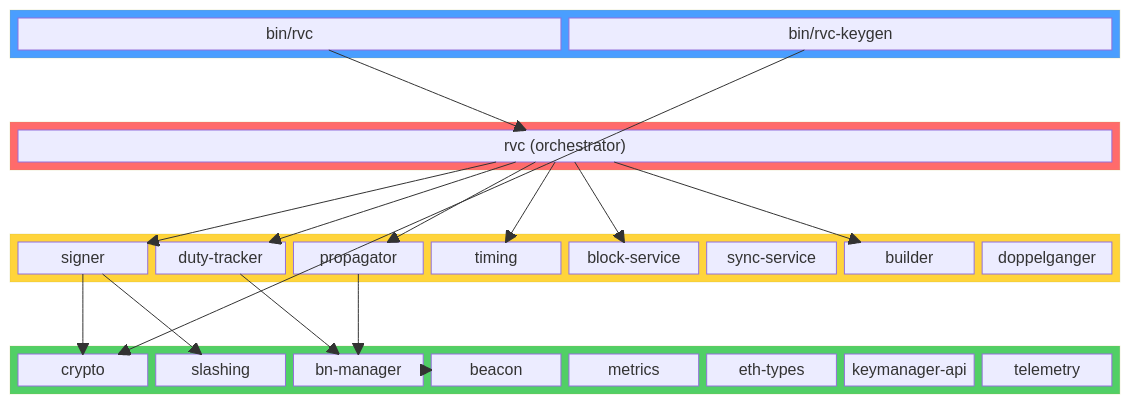
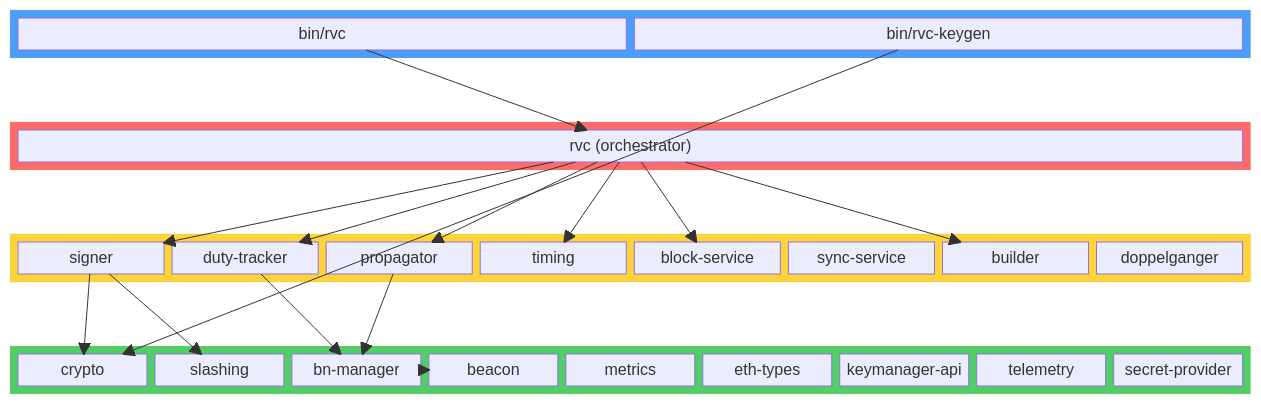
The third of 8 diagrams in ARCHITECTURE.md (dsrvlabs/rvc), drawn with Mermaid before and after one commit. The commit also changed other lines of this file and 2 other files, not shown here.

First line of the commit message:
docs: update architecture, README, and running guide for secret-provider crate

````diff
--- a/ARCHITECTURE.md
+++ b/ARCHITECTURE.md
@@ -158,60 +166,61 @@
 ```mermaid
 block-beta
     columns 8
 
     block:binary:8
         BIN["bin/rvc"]
         KEYGEN["bin/rvc-keygen"]
     end
 
     space:8
 
     block:orchestrator:8
         RVC["rvc (orchestrator)"]
     end
 
     space:8
 
     block:domain:8
         SIGNER["signer"]
         DUTY["duty-tracker"]
         PROP["propagator"]
         TIMING["timing"]
         BLOCK["block-service"]
         SYNC["sync-service"]
         BUILD["builder"]
         DOPP["doppelganger"]
     end
 
     space:8
 
     block:foundation:8
         CRYPTO["crypto"]
         SLASHING["slashing"]
         BNM["bn-manager"]
         BEACON["beacon"]
         METRICS["metrics"]
         ETH["eth-types"]
         KMA["keymanager-api"]
         TEL["telemetry"]
+        SP["secret-provider"]
     end
 
     BIN --> RVC
     KEYGEN --> CRYPTO
     RVC --> SIGNER
     RVC --> DUTY
     RVC --> PROP
     RVC --> TIMING
     RVC --> BLOCK
     RVC --> BUILD
     SIGNER --> CRYPTO
     SIGNER --> SLASHING
     DUTY --> BNM
     PROP --> BNM
     BNM --> BEACON
 
     style binary fill:#4a9eff,color:#fff
     style orchestrator fill:#ff6b6b,color:#fff
     style domain fill:#ffd43b,color:#333
     style foundation fill:#51cf66,color:#fff
 ```
````
